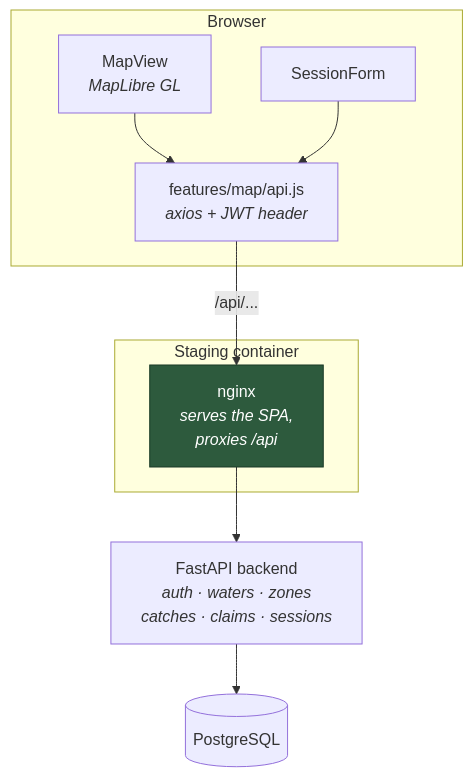
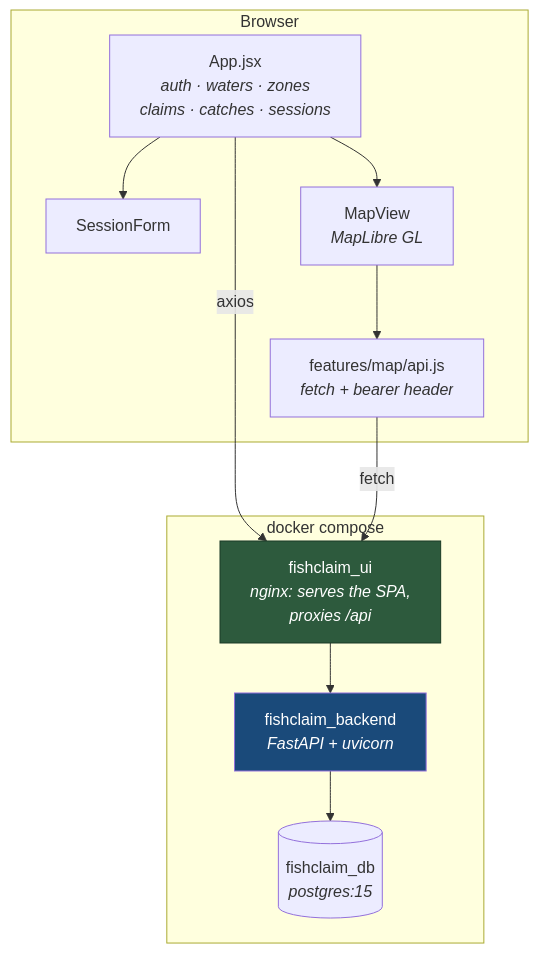
The fourth of 6 diagrams in README.md (decstar714/fishclaim), drawn with Mermaid before and after one commit. The commit also changed other lines of this file and 20 other files, not shown here.

````diff
--- a/README.md
+++ b/README.md
@@ -34,21 +141,24 @@
 ```mermaid
 flowchart TD
     subgraph BROWSER["Browser"]
+        APP["App.jsx<br/><i>auth · waters · zones<br/>claims · catches · sessions</i>"]
+        SF["SessionForm"]
         MV["MapView<br/><i>MapLibre GL</i>"]
-        SF["SessionForm"]
-        API["features/map/api.js<br/><i>axios + JWT header</i>"]
-        MV --> API
-        SF --> API
+        MAPI["features/map/api.js<br/><i>fetch + bearer header</i>"]
+        APP --> SF
+        APP --> MV --> MAPI
     end
 
-    subgraph STAGING["Staging container"]
-        NG["nginx<br/><i>serves the SPA,<br/>proxies /api</i>"]
+    subgraph STACK["docker compose"]
+        NG["fishclaim_ui<br/><i>nginx: serves the SPA,<br/>proxies /api</i>"]
+        BE["fishclaim_backend<br/><i>FastAPI + uvicorn</i>"]
+        DB[("fishclaim_db<br/><i>postgres:15</i>")]
+        NG --> BE --> DB
     end
 
-    BE["FastAPI backend<br/><i>auth · waters · zones<br/>catches · claims · sessions</i>"]
-    DB[("PostgreSQL")]
-
-    API -->|"/api/..."| NG --> BE --> DB
+    APP -->|"axios"| NG
+    MAPI -->|"fetch"| NG
 
     style NG fill:#2d5a3d,stroke:#1a3a26,color:#fff
+    style BE fill:#1a4a7a,color:#fff
 ```
````
